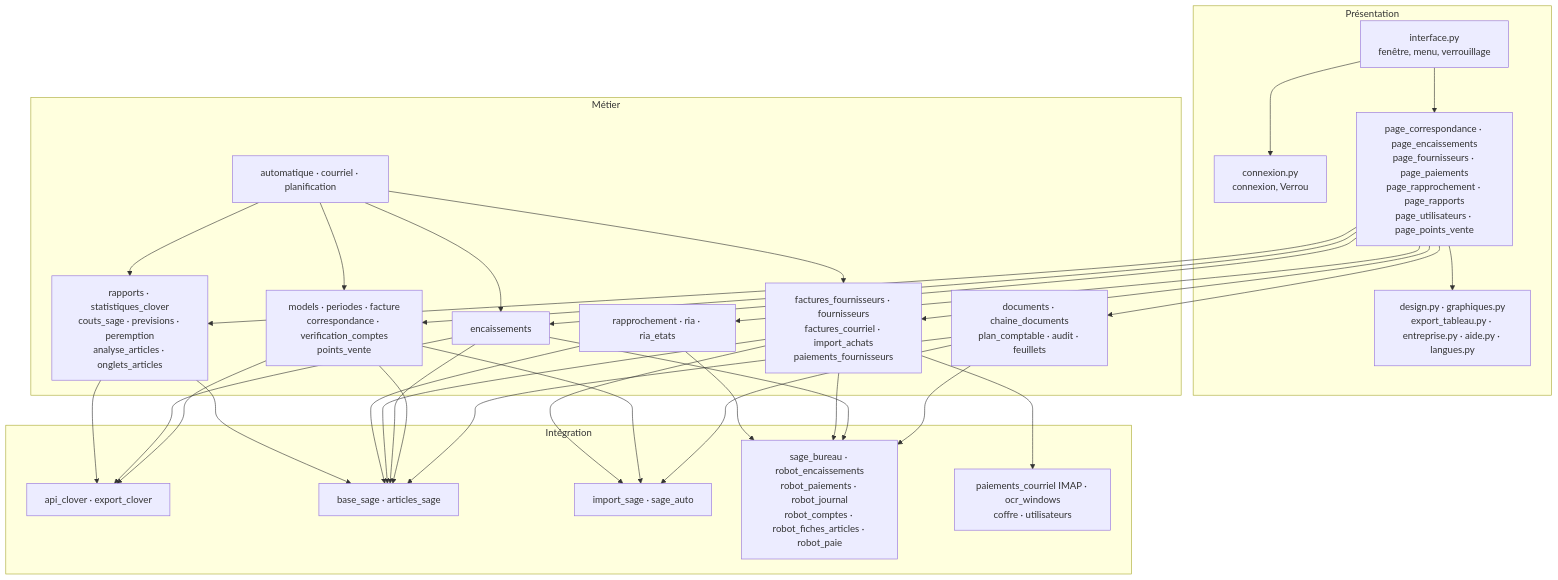
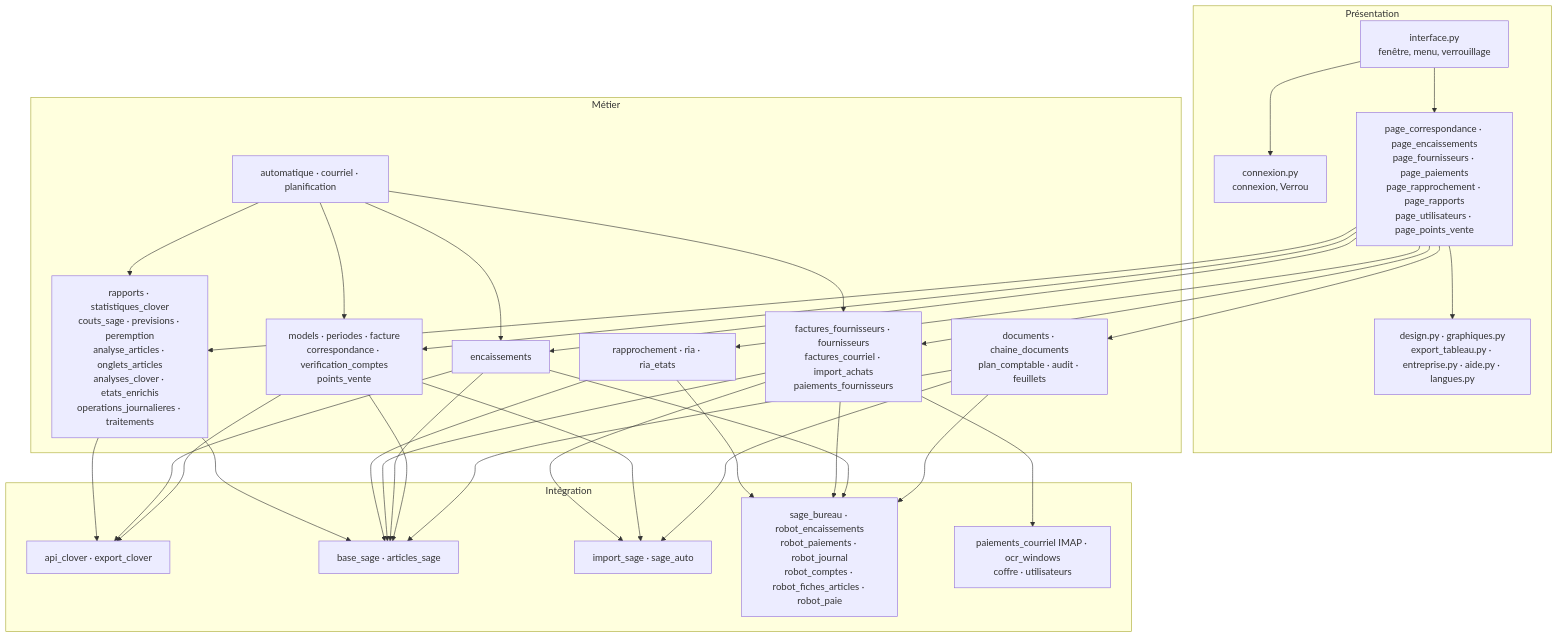
Before and after one commit to mteingueng-dot/MVOGMBI_Sync_2026.1: the second of 23 diagrams in ARCHITECTURE.md, drawn with Mermaid. The commit also changed other lines of this file and 32 other files, not shown here.

````diff
--- a/ARCHITECTURE.md
+++ b/ARCHITECTURE.md
@@ -95,35 +95,35 @@
 ```mermaid
 flowchart TB
     subgraph Présentation
         interface["interface.py<br/>fenêtre, menu, verrouillage"]
         connexion["connexion.py<br/>connexion, Verrou"]
         pages["page_correspondance · page_encaissements<br/>page_fournisseurs · page_paiements<br/>page_rapprochement · page_rapports<br/>page_utilisateurs · page_points_vente"]
         design["design.py · graphiques.py<br/>export_tableau.py · entreprise.py · aide.py · langues.py"]
     end
     subgraph Métier
         ventes["models · periodes · facture<br/>correspondance · verification_comptes<br/>points_vente"]
         enc["encaissements"]
         four["factures_fournisseurs · fournisseurs<br/>factures_courriel · import_achats<br/>paiements_fournisseurs"]
         rap["rapprochement · ria · ria_etats"]
         gest["documents · chaine_documents<br/>plan_comptable · audit · feuillets"]
-        stats["rapports · statistiques_clover<br/>couts_sage · previsions · peremption<br/>analyse_articles · onglets_articles"]
+        stats["rapports · statistiques_clover<br/>couts_sage · previsions · peremption<br/>analyse_articles · onglets_articles<br/>analyses_clover · etats_enrichis<br/>operations_journalieres · traitements"]
         nuit["automatique · courriel · planification"]
     end
     subgraph Intégration
         clover["api_clover · export_clover"]
         sagel["base_sage · articles_sage"]
         sagei["import_sage · sage_auto"]
         robots["sage_bureau · robot_encaissements<br/>robot_paiements · robot_journal<br/>robot_comptes · robot_fiches_articles · robot_paie"]
         autres["paiements_courriel IMAP · ocr_windows<br/>coffre · utilisateurs"]
     end
     interface --> connexion
     interface --> pages --> design
     pages --> ventes & enc & four & rap & stats & gest
     gest --> sagel & sagei & robots
     nuit --> ventes & enc & four & stats
     ventes --> clover & sagel & sagei
     enc --> clover & sagel & robots
     four --> sagel & sagei & robots & autres
     rap --> sagel & robots
     stats --> clover & sagel
 ```
````
